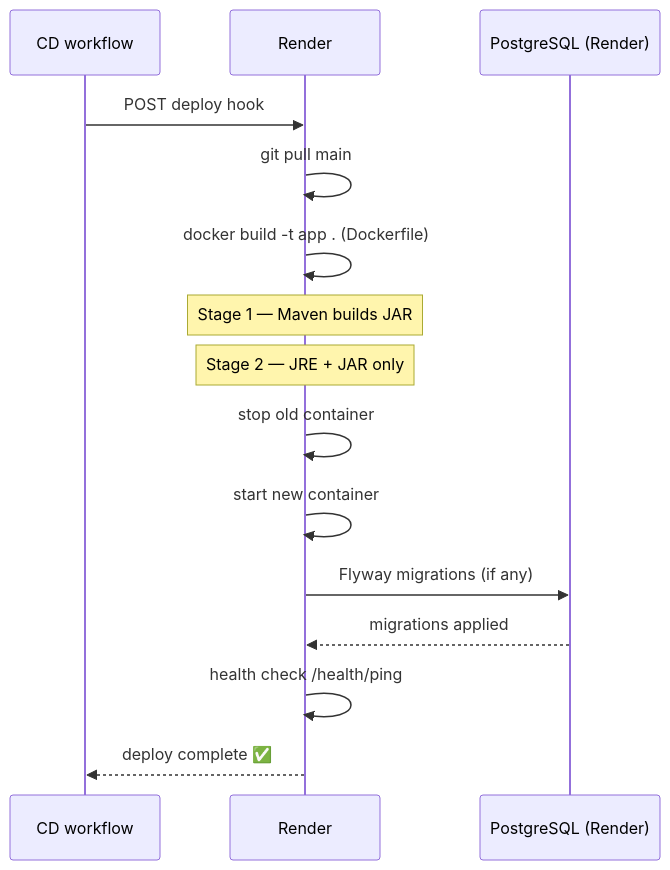
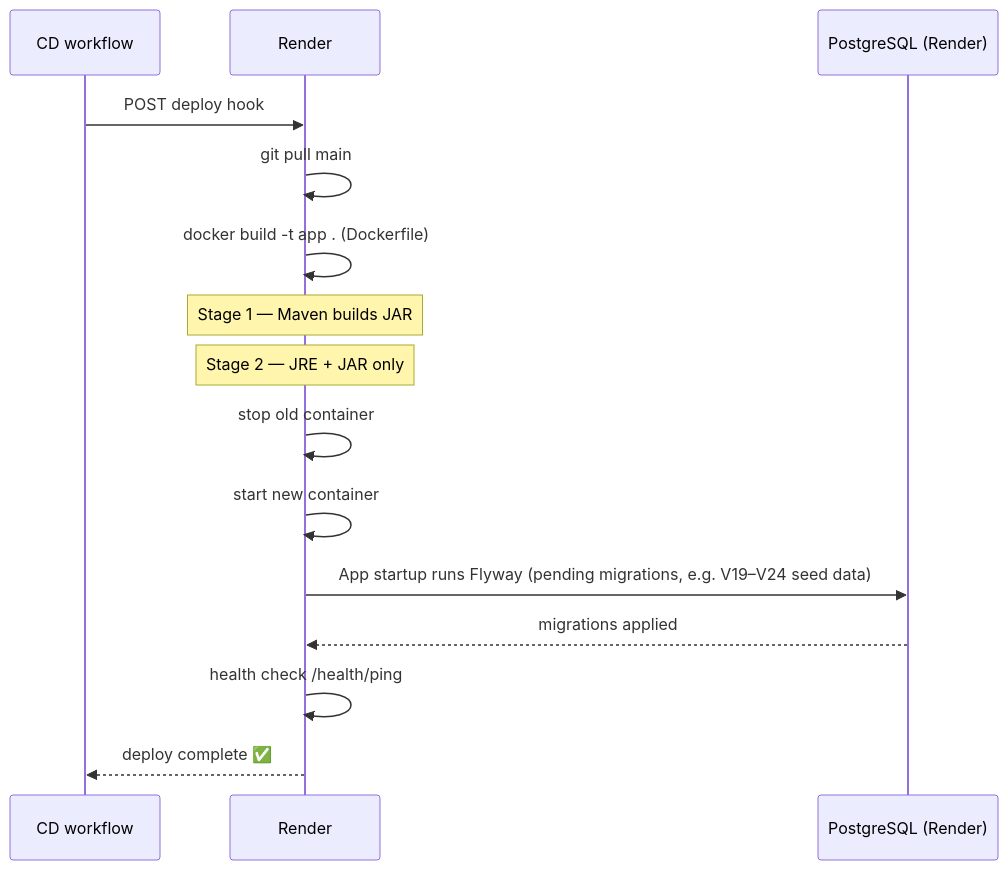
Before and after one commit to MaksymChalyi/Verdora-backend: the fifth of 5 diagrams in docs/ci-cd/github-cd.md, drawn with Mermaid. The commit also changed other lines of this file and 10 other files, not shown here.

````diff
--- a/docs/ci-cd/github-cd.md
+++ b/docs/ci-cd/github-cd.md
@@ -189,18 +189,18 @@
 ```mermaid
 sequenceDiagram
     participant CD as CD workflow
     participant Render
     participant DB as PostgreSQL (Render)
 
     CD->>Render: POST deploy hook
     Render->>Render: git pull main
     Render->>Render: docker build -t app . (Dockerfile)
     note over Render: Stage 1 — Maven builds JAR
     note over Render: Stage 2 — JRE + JAR only
     Render->>Render: stop old container
     Render->>Render: start new container
-    Render->>DB: Flyway migrations (if any)
+    Render->>DB: App startup runs Flyway (pending migrations, e.g. V19–V24 seed data)
     DB-->>Render: migrations applied
     Render->>Render: health check /health/ping
     Render-->>CD: deploy complete ✅
 ```
````
